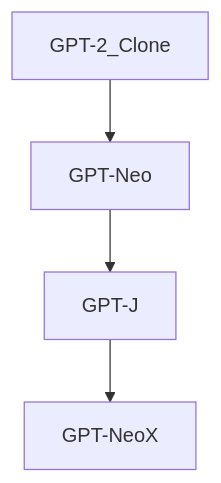
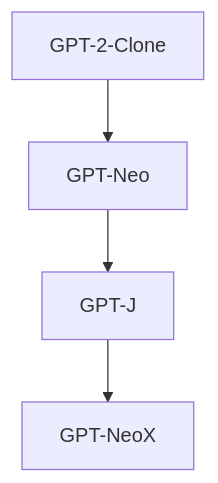
Before and after one commit to ted-sharp/chatvox: the eighth of 10 diagrams in doc/llm.md, drawn with Mermaid. The commit also changed other lines of this file, not shown here.

````diff
--- a/doc/llm.md
+++ b/doc/llm.md
@@ -248,5 +368,5 @@
 ```mermaid
 flowchart
 
-GPT-2_Clone --> GPT-Neo --> GPT-J --> GPT-NeoX
+GPT-2-Clone --> GPT-Neo --> GPT-J --> GPT-NeoX
 ```
````
